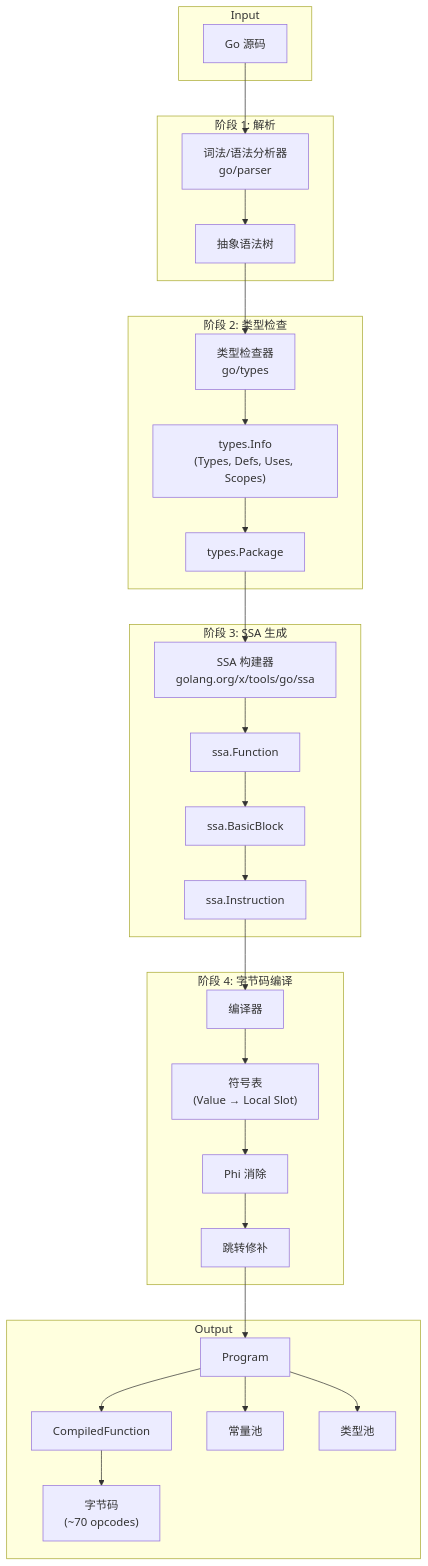
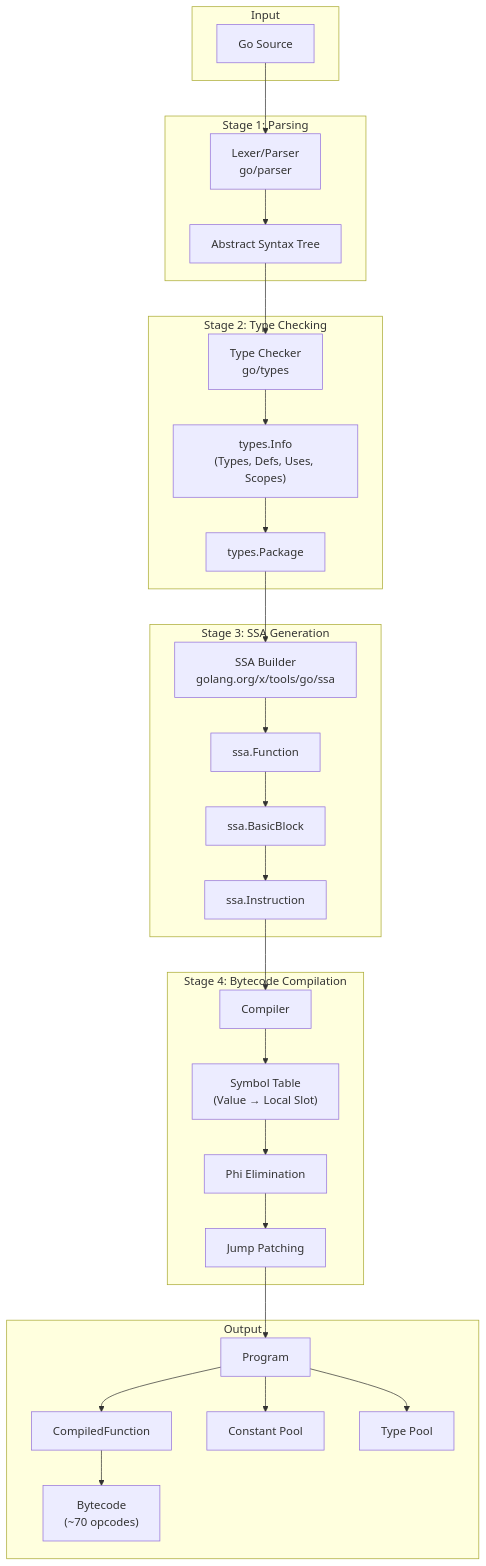
The fourth of 7 diagrams in README.md (t04dJ14n9/gig), drawn with Mermaid before and after one commit. The commit also changed other lines of this file and 2 other files, not shown here.

````diff
--- a/README.md
+++ b/README.md
@@ -509,49 +509,49 @@
 ```mermaid
 flowchart TB
     subgraph Input
-        SRC["Go 源码"]
+        SRC["Go Source"]
     end
     
-    subgraph "阶段 1: 解析"
-        P1["词法/语法分析器<br/>go/parser"]
-        AST["抽象语法树"]
+    subgraph "Stage 1: Parsing"
+        P1["Lexer/Parser<br/>go/parser"]
+        AST["Abstract Syntax Tree"]
     end
     
-    subgraph "阶段 2: 类型检查"
-        P2["类型检查器<br/>go/types"]
+    subgraph "Stage 2: Type Checking"
+        P2["Type Checker<br/>go/types"]
         TCINFO["types.Info<br/>(Types, Defs, Uses, Scopes)"]
         PKG["types.Package"]
     end
     
-    subgraph "阶段 3: SSA 生成"
-        P3["SSA 构建器<br/>golang.org/x/tools/go/ssa"]
+    subgraph "Stage 3: SSA Generation"
+        P3["SSA Builder<br/>golang.org/x/tools/go/ssa"]
         SSAFN["ssa.Function"]
         SSABLK["ssa.BasicBlock"]
         SSAINST["ssa.Instruction"]
     end
     
-    subgraph "阶段 4: 字节码编译"
-        P4["编译器"]
-        SYM["符号表<br/>(Value → Local Slot)"]
-        PHI["Phi 消除"]
-        JMP["跳转修补"]
+    subgraph "Stage 4: Bytecode Compilation"
+        P4["Compiler"]
+        SYM["Symbol Table<br/>(Value → Local Slot)"]
+        PHI["Phi Elimination"]
+        JMP["Jump Patching"]
     end
     
     subgraph Output
         PROG["Program"]
         FN["CompiledFunction"]
-        CODE["字节码<br/>(~70 opcodes)"]
-        CONSTPOOL["常量池"]
-        TYPEPOOL["类型池"]
+        CODE["Bytecode<br/>(~70 opcodes)"]
+        CONSTPOOL["Constant Pool"]
+        TYPEPOOL["Type Pool"]
     end
     
     SRC --> P1 --> AST
     AST --> P2 --> TCINFO --> PKG
     PKG --> P3 --> SSAFN --> SSABLK --> SSAINST
     SSAINST --> P4
     P4 --> SYM --> PHI --> JMP
     JMP --> PROG
     PROG --> FN --> CODE
     PROG --> CONSTPOOL
     PROG --> TYPEPOOL
 ```
````
